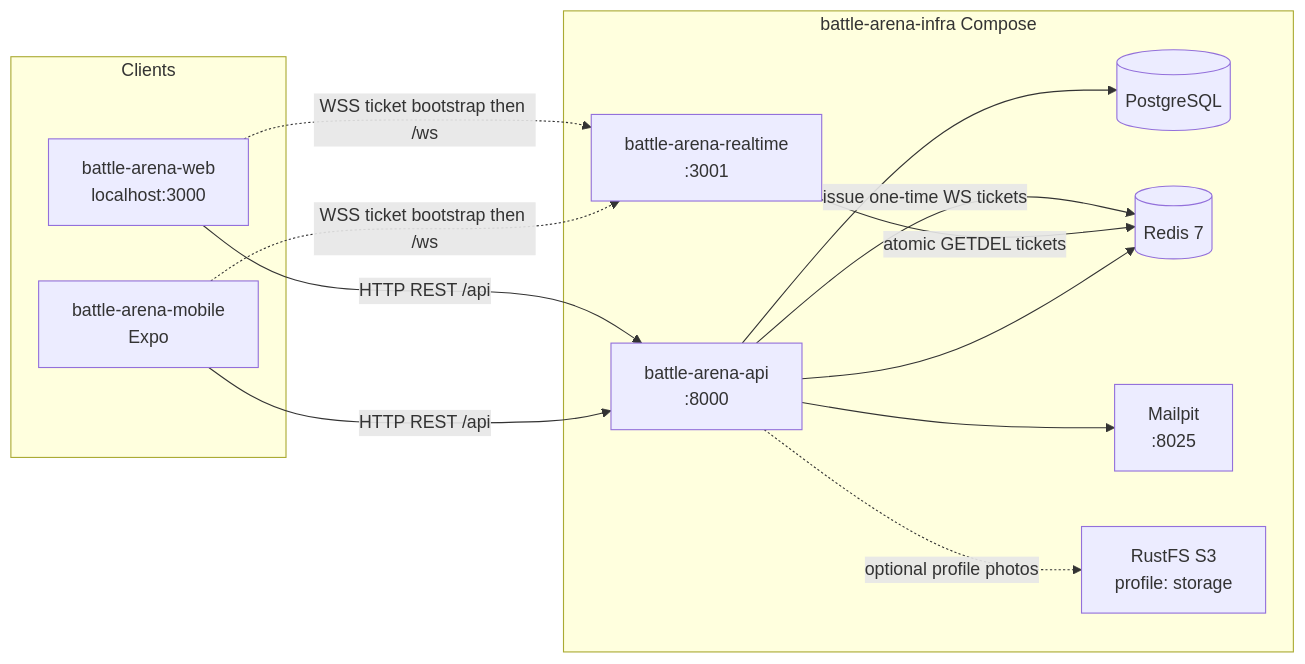
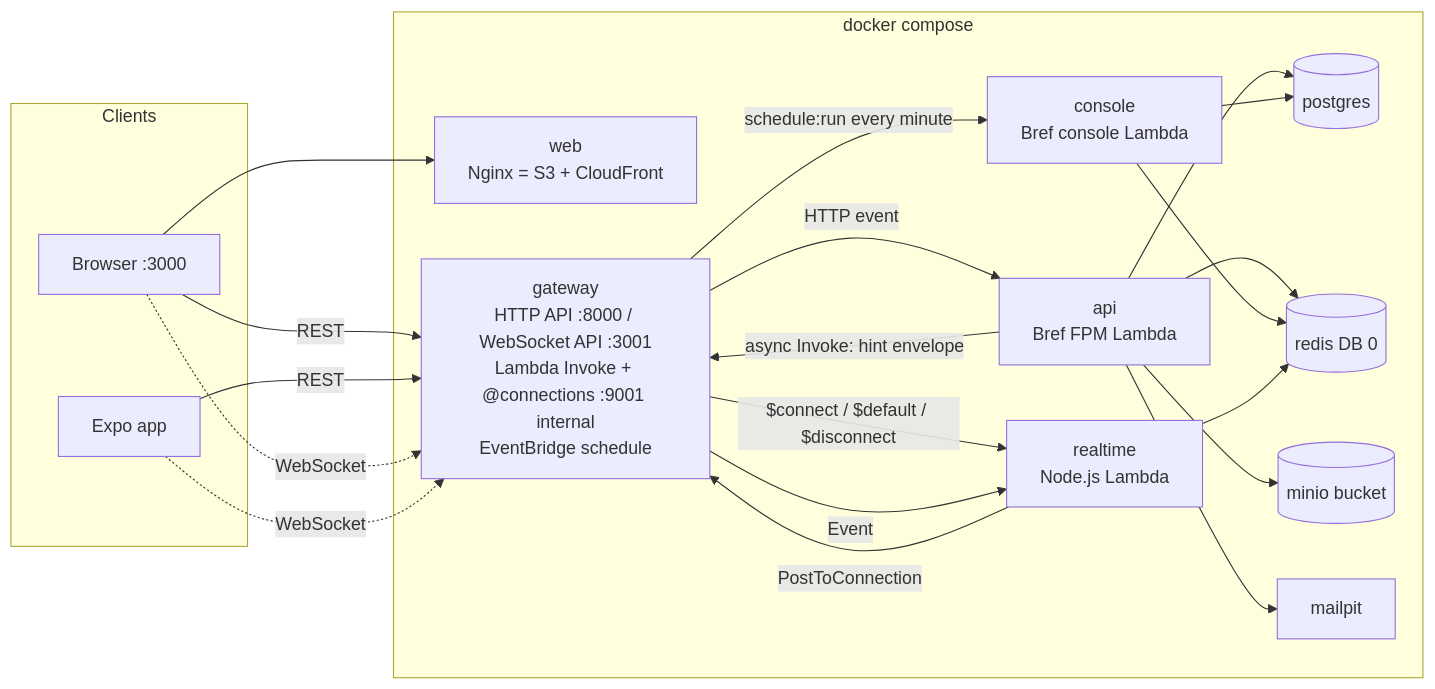
Before and after one commit to davisa0876/battle-arena-infra: the diagram in README.md, drawn with Mermaid. The commit also changed other lines of this file and 2 other files, not shown here.

````diff
--- a/README.md
+++ b/README.md
@@ -37,27 +62,32 @@
 ```mermaid
 flowchart LR
   subgraph clients [Clients]
-    Web[battle-arena-web<br/>localhost:3000]
-    Mobile[battle-arena-mobile<br/>Expo]
+    Browser[Browser :3000]
+    Expo[Expo app]
   end
-
-  subgraph compose [battle-arena-infra Compose]
-    API[battle-arena-api<br/>:8000]
-    RT[battle-arena-realtime<br/>:3001]
-    PG[(PostgreSQL)]
-    Redis[(Redis 7)]
-    Mail[Mailpit<br/>:8025]
-    S3[RustFS S3<br/>profile: storage]
+  subgraph local [docker compose]
+    Web[web<br/>Nginx = S3 + CloudFront]
+    GW[gateway<br/>HTTP API :8000 / WebSocket API :3001<br/>Lambda Invoke + @connections :9001 internal<br/>EventBridge schedule]
+    API[api<br/>Bref FPM Lambda]
+    CON[console<br/>Bref console Lambda]
+    RT[realtime<br/>Node.js Lambda]
+    PG[(postgres)]
+    R[(redis DB 0)]
+    S3[(minio bucket)]
+    Mail[mailpit]
   end
-
-  Web -->|HTTP REST /api| API
-  Mobile -->|HTTP REST /api| API
-  Web -.->|WSS ticket bootstrap then /ws| RT
-  Mobile -.->|WSS ticket bootstrap then /ws| RT
-  API -->|issue one-time WS tickets| Redis
-  RT -->|atomic GETDEL tickets| Redis
-  API --> PG
-  API --> Redis
-  API --> Mail
-  API -.->|optional profile photos| S3
+  Browser --> Web
+  Browser -->|REST| GW
+  Expo -->|REST| GW
+  Browser -.->|WebSocket| GW
+  Expo -.->|WebSocket| GW
+  GW -->|HTTP event| API
+  GW -->|$connect / $default / $disconnect| RT
+  GW -->|schedule:run every minute| CON
+  API -->|async Invoke: hint envelope| GW
+  GW -->|Event| RT
+  RT -->|PostToConnection| GW
+  API --> PG & R & S3 & Mail
+  CON --> PG & R
+  RT --> R
 ```
````
